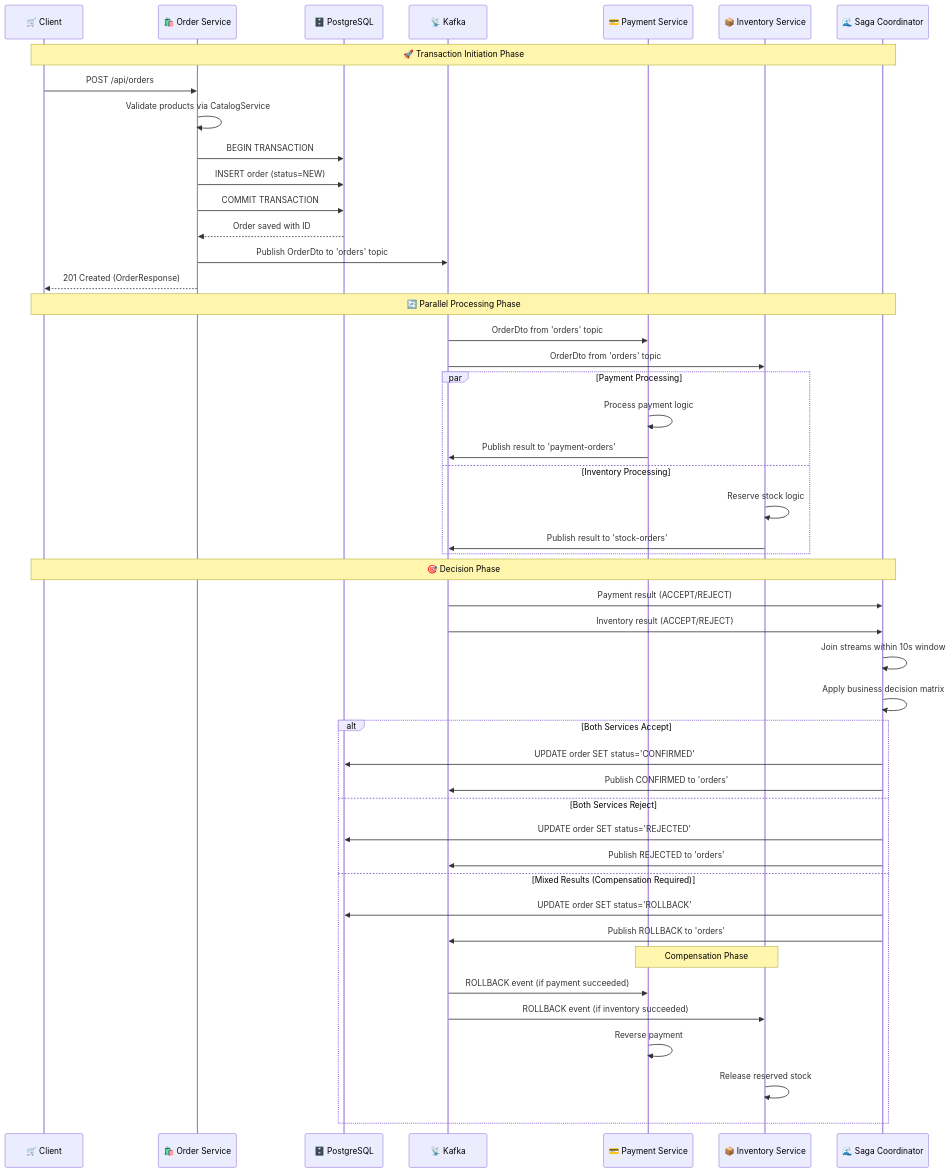
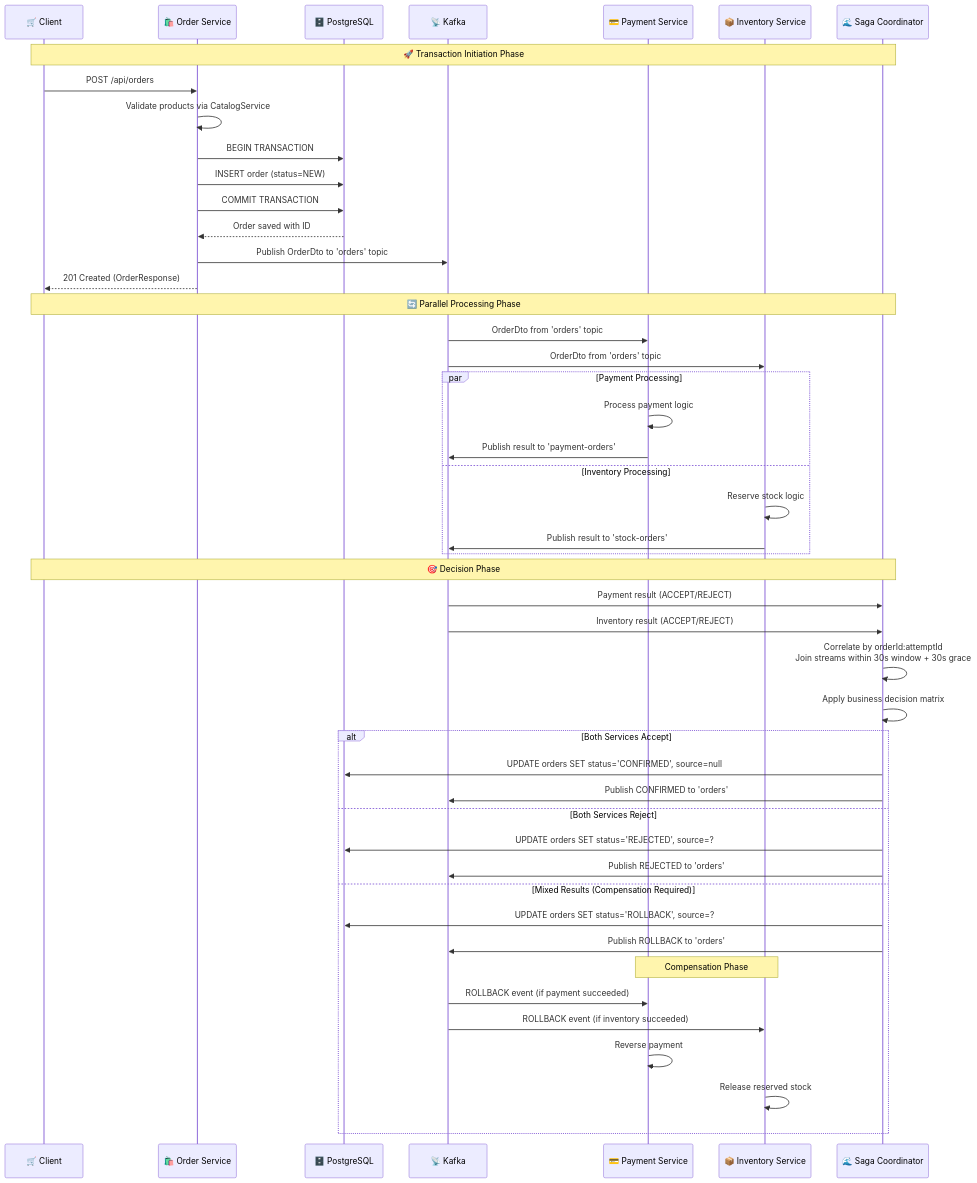
One commit to rajadilipkolli/spring-boot-microservices-series-v2 changed the third of 3 diagrams in order-service/docs/02-Distributed-Transaction-Management.md. Above: the diagram before and after it, drawn with Mermaid. The commit also changed other lines of this file and 51 other files, not shown here.

````diff
--- a/order-service/docs/02-Distributed-Transaction-Management.md
+++ b/order-service/docs/02-Distributed-Transaction-Management.md
@@ -183,57 +203,57 @@
 ```mermaid
 sequenceDiagram
     participant Client as 🛒 Client
     participant OrderService as 🛍️ Order Service
     participant Database as 🗄️ PostgreSQL
     participant Kafka as 📡 Kafka
     participant PaymentService as 💳 Payment Service
     participant InventoryService as 📦 Inventory Service
     participant SagaCoordinator as 🌊 Saga Coordinator
     
     Note over Client, SagaCoordinator: 🚀 Transaction Initiation Phase
     Client->>OrderService: POST /api/orders
     OrderService->>OrderService: Validate products via CatalogService
     OrderService->>Database: BEGIN TRANSACTION
     OrderService->>Database: INSERT order (status=NEW)
     OrderService->>Database: COMMIT TRANSACTION
     Database-->>OrderService: Order saved with ID
     
     OrderService->>Kafka: Publish OrderDto to 'orders' topic
     OrderService-->>Client: 201 Created (OrderResponse)
     
     Note over Client, SagaCoordinator: 🔄 Parallel Processing Phase
     Kafka->>PaymentService: OrderDto from 'orders' topic
     Kafka->>InventoryService: OrderDto from 'orders' topic
     
     par Payment Processing
         PaymentService->>PaymentService: Process payment logic
         PaymentService->>Kafka: Publish result to 'payment-orders'
     and Inventory Processing  
         InventoryService->>InventoryService: Reserve stock logic
         InventoryService->>Kafka: Publish result to 'stock-orders'
     end
     
     Note over Client, SagaCoordinator: 🎯 Decision Phase
     Kafka->>SagaCoordinator: Payment result (ACCEPT/REJECT)
     Kafka->>SagaCoordinator: Inventory result (ACCEPT/REJECT)
     
-    SagaCoordinator->>SagaCoordinator: Join streams within 10s window
+    SagaCoordinator->>SagaCoordinator: Correlate by orderId:attemptId<br/>Join streams within 30s window + 30s grace
     SagaCoordinator->>SagaCoordinator: Apply business decision matrix
     
     alt Both Services Accept
-        SagaCoordinator->>Database: UPDATE order SET status='CONFIRMED'
+        SagaCoordinator->>Database: UPDATE orders SET status='CONFIRMED', source=null
         SagaCoordinator->>Kafka: Publish CONFIRMED to 'orders'
     else Both Services Reject
-        SagaCoordinator->>Database: UPDATE order SET status='REJECTED'
+        SagaCoordinator->>Database: UPDATE orders SET status='REJECTED', source=?
         SagaCoordinator->>Kafka: Publish REJECTED to 'orders'
     else Mixed Results (Compensation Required)
-        SagaCoordinator->>Database: UPDATE order SET status='ROLLBACK'
+        SagaCoordinator->>Database: UPDATE orders SET status='ROLLBACK', source=?
         SagaCoordinator->>Kafka: Publish ROLLBACK to 'orders'
         
         Note over PaymentService, InventoryService: Compensation Phase
         Kafka->>PaymentService: ROLLBACK event (if payment succeeded)
         Kafka->>InventoryService: ROLLBACK event (if inventory succeeded)
         PaymentService->>PaymentService: Reverse payment
         InventoryService->>InventoryService: Release reserved stock
     end
 ```
````
